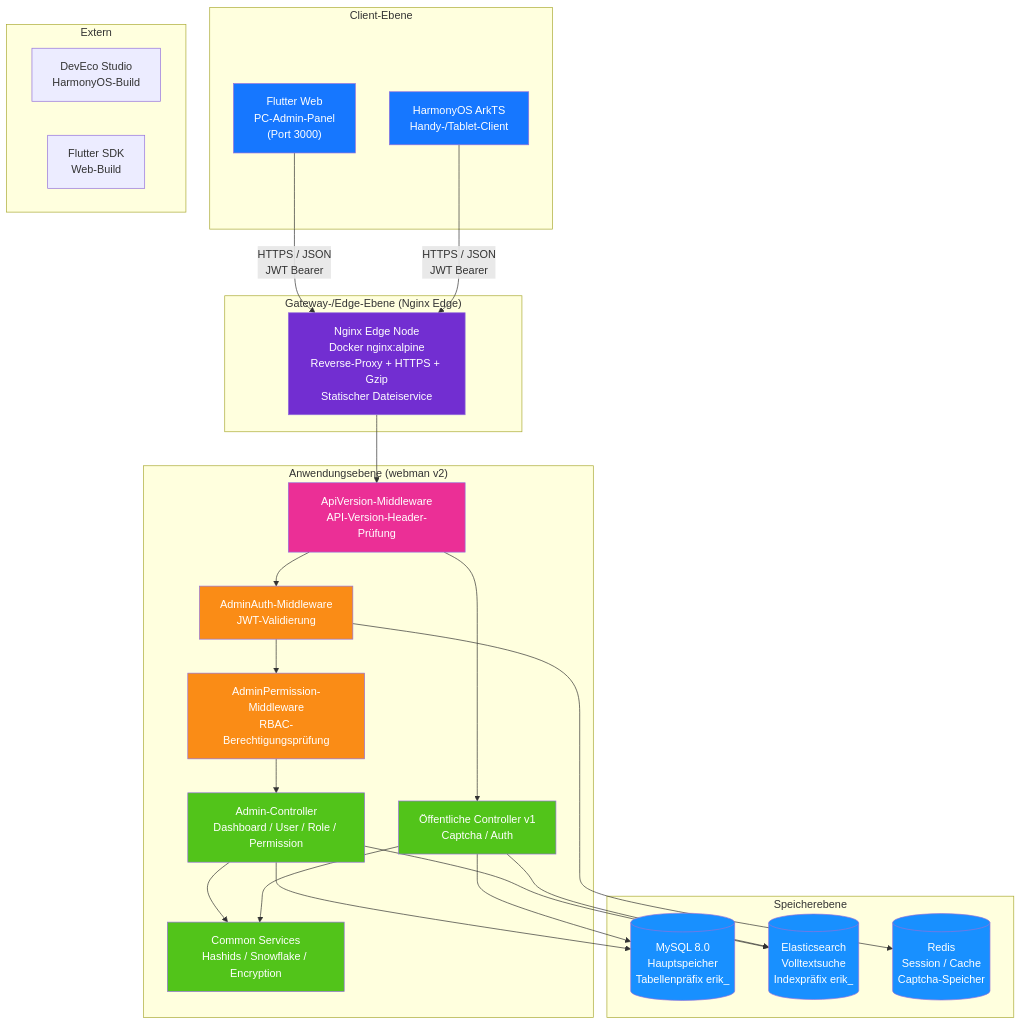
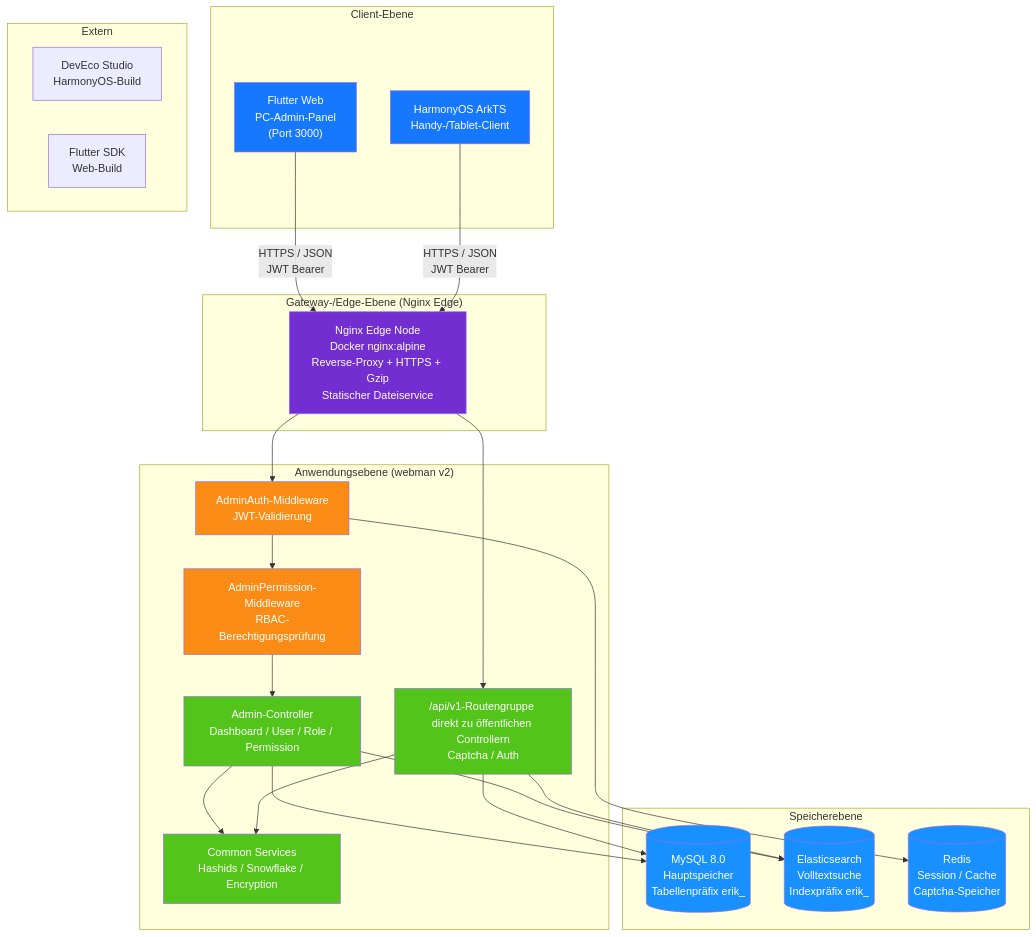
One commit to erikwang2013/open-admin changed the first of 14 diagrams in docs/ARCHITECTURE.de.md. Above: the diagram before and after it, drawn with Mermaid. The commit also changed other lines of this file and 115 other files, not shown here.

First line of the commit message:
功能：新增项目宠物「小安」、站点首页与手写 SVG 设计图集；全部文档对齐代码

````diff
--- a/docs/ARCHITECTURE.de.md
+++ b/docs/ARCHITECTURE.de.md
@@ -13,59 +15,56 @@
 ```mermaid
 flowchart TB
     subgraph "Client-Ebene"
         A1["Flutter Web<br/>PC-Admin-Panel<br/>(Port 3000)"]
         A2["HarmonyOS ArkTS<br/>Handy-/Tablet-Client"]
     end
 
     subgraph "Gateway-/Edge-Ebene (Nginx Edge)"
         B1["Nginx Edge Node<br/>Docker nginx:alpine<br/>Reverse-Proxy + HTTPS + Gzip<br/>Statischer Dateiservice"]
     end
 
     subgraph "Anwendungsebene (webman v2)"
-        C0["ApiVersion-Middleware<br/>API-Version-Header-Prüfung"]
         C1["AdminAuth-Middleware<br/>JWT-Validierung"]
         C2["AdminPermission-Middleware<br/>RBAC-Berechtigungsprüfung"]
         C3["Admin-Controller<br/>Dashboard / User / Role / Permission"]
-        C4["Öffentliche Controller v1<br/>Captcha / Auth"]
+        C4["/api/v1-Routengruppe direkt zu öffentlichen Controllern<br/>Captcha / Auth"]
         C5["Common Services<br/>Hashids / Snowflake / Encryption"]
     end
 
     subgraph "Speicherebene"
         D1[("MySQL 8.0<br/>Hauptspeicher<br/>Tabellenpräfix erik_")]
         D2[("Elasticsearch<br/>Volltextsuche<br/>Indexpräfix erik_")]
         D3[("Redis<br/>Session / Cache<br/>Captcha-Speicher")]
     end
 
     subgraph "Extern"
         E1["DevEco Studio<br/>HarmonyOS-Build"]
         E2["Flutter SDK<br/>Web-Build"]
     end
 
     A1 -->|"HTTPS / JSON<br/>JWT Bearer"| B1
     A2 -->|"HTTPS / JSON<br/>JWT Bearer"| B1
-    B1 --> C0
-    C0 --> C1
+    B1 --> C1
+    B1 --> C4
     C1 --> C2
     C2 --> C3
-    C0 --> C4
     C3 --> C5
     C4 --> C5
     C3 --> D1
     C4 --> D1
     C3 --> D2
     C4 --> D2
     C1 --> D3
 
     style A1 fill:#1677FF,color:#fff
     style A2 fill:#1677FF,color:#fff
     style B1 fill:#722ED1,color:#fff
-    style C0 fill:#EB2F96,color:#fff
     style C1 fill:#FA8C16,color:#fff
     style C2 fill:#FA8C16,color:#fff
     style C3 fill:#52C41A,color:#fff
     style C4 fill:#52C41A,color:#fff
     style C5 fill:#52C41A,color:#fff
     style D1 fill:#1890FF,color:#fff
     style D2 fill:#1890FF,color:#fff
     style D3 fill:#1890FF,color:#fff
 ```
````
